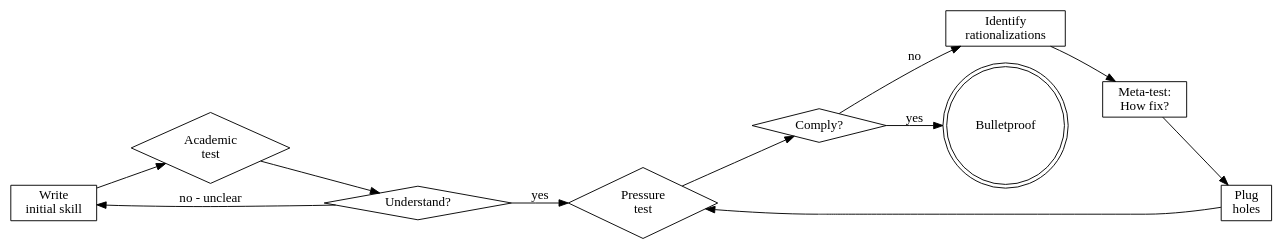
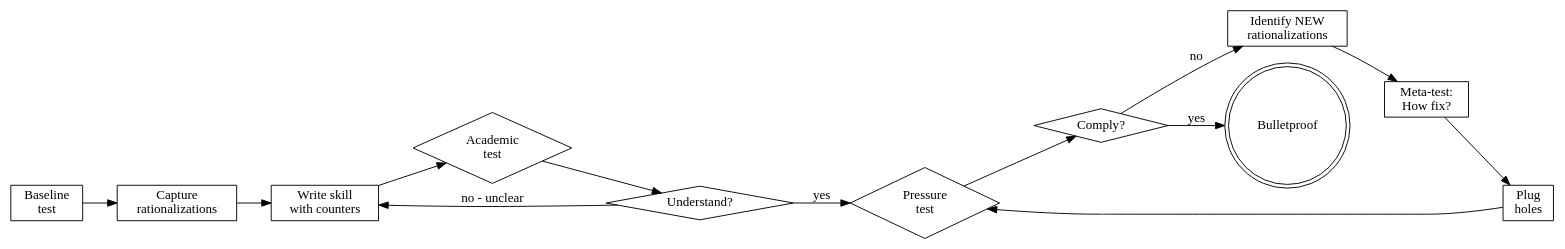
The diagram in .claude/skills/meta/testing-skills-with-subagents/SKILL.md (obra/dotfiles), drawn with Graphviz before and after one commit. The commit also changed other lines of this file and 24 other files, not shown here.

````diff
--- a/.claude/skills/meta/testing-skills-with-subagents/SKILL.md
+++ b/.claude/skills/meta/testing-skills-with-subagents/SKILL.md
@@ -32,25 +32,29 @@
 ```dot
 digraph testing_cycle {
     rankdir=LR;
-    write [label="Write\ninitial skill", shape=box];
+    baseline [label="Baseline\ntest", shape=box];
+    capture [label="Capture\nrationalizations", shape=box];
+    write [label="Write skill\nwith counters", shape=box];
     academic [label="Academic\ntest", shape=diamond];
     understand [label="Understand?", shape=diamond];
     pressure [label="Pressure\ntest", shape=diamond];
     comply [label="Comply?", shape=diamond];
-    identify [label="Identify\nrationalizations", shape=box];
+    identify [label="Identify NEW\nrationalizations", shape=box];
     plug [label="Plug\nholes", shape=box];
     meta [label="Meta-test:\nHow fix?", shape=box];
     done [label="Bulletproof", shape=doublecircle];
 
+    baseline -> capture;
+    capture -> write;
     write -> academic;
     academic -> understand;
     understand -> pressure [label="yes"];
     understand -> write [label="no - unclear"];
     pressure -> comply;
     comply -> done [label="yes"];
     comply -> identify [label="no"];
     identify -> meta;
     meta -> plug;
     plug -> pressure;
 }
 ```
````
